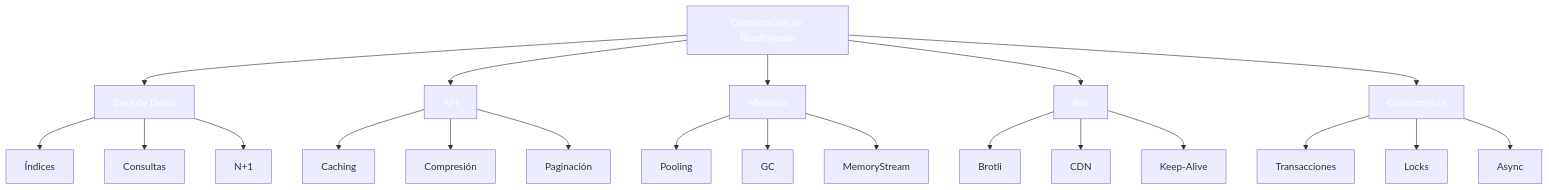
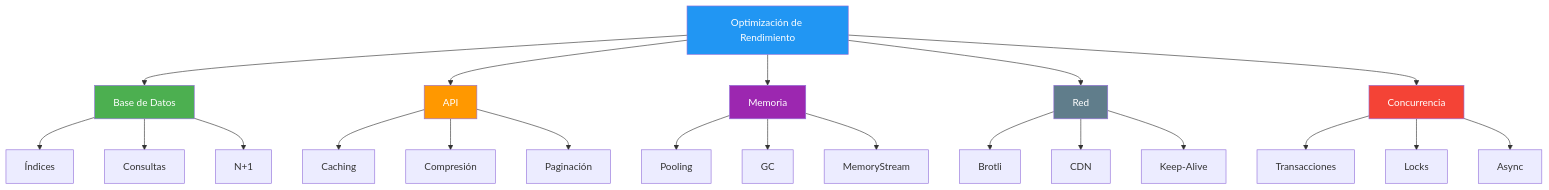
One commit to joseluisgs/DesarrolloWebEntornosServidor-02-2026-2027 changed the first of 3 diagrams in 23-optimizacion.md. Above: the diagram before and after it, drawn with Mermaid. The commit also changed other lines of this file and 29 other files, not shown here.

Commit message:
docs: corregir estilos Mermaid y estilo, quitar referencias a la Tienda y reestructurar los retos 13 y 15

````diff
--- a/23-optimizacion.md
+++ b/23-optimizacion.md
@@ -61,29 +61,29 @@
 ```mermaid
 graph TD
     A["Optimización de Rendimiento"] --> B["Base de Datos"]
     A --> C["API"]
     A --> D["Memoria"]
     A --> E["Red"]
     A --> F["Concurrencia"]
     B --> B1["Índices"]
     B --> B2["Consultas"]
     B --> B3["N+1"]
     C --> C1["Caching"]
     C --> C2["Compresión"]
     C --> C3["Paginación"]
     D --> D1["Pooling"]
     D --> D2["GC"]
     D --> D3["MemoryStream"]
     E --> E1["Brotli"]
     E --> E2["CDN"]
     E --> E3["Keep-Alive"]
     F --> F1["Transacciones"]
     F --> F2["Locks"]
     F --> F3["Async"]
-    style A fill:#2196F,color:#fff3,color:#fff
-    style B fill:#4CAF5,color:#fff0,color:#fff
-    style C fill:#FF980,color:#fff0,color:#fff
-    style D fill:#9C27B,color:#fff0,color:#fff
-    style E fill:#607D8,color:#fffB,color:#fff
-    style F fill:#f4433,color:#fff6,color:#fff
+    style A fill:#2196F3,color:#fff
+    style B fill:#4CAF50,color:#fff
+    style C fill:#FF9800,color:#fff
+    style D fill:#9C27B0,color:#fff
+    style E fill:#607D8B,color:#fff
+    style F fill:#f44336,color:#fff
 ```
````
